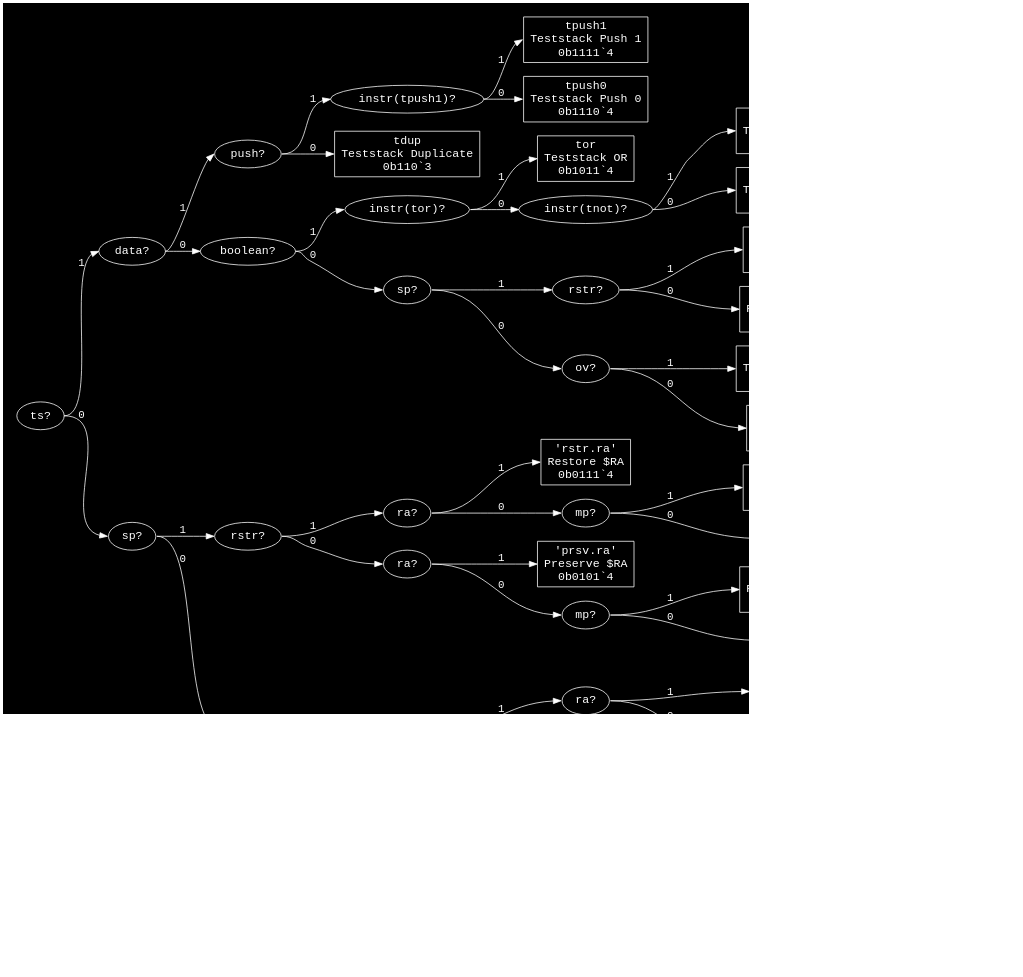
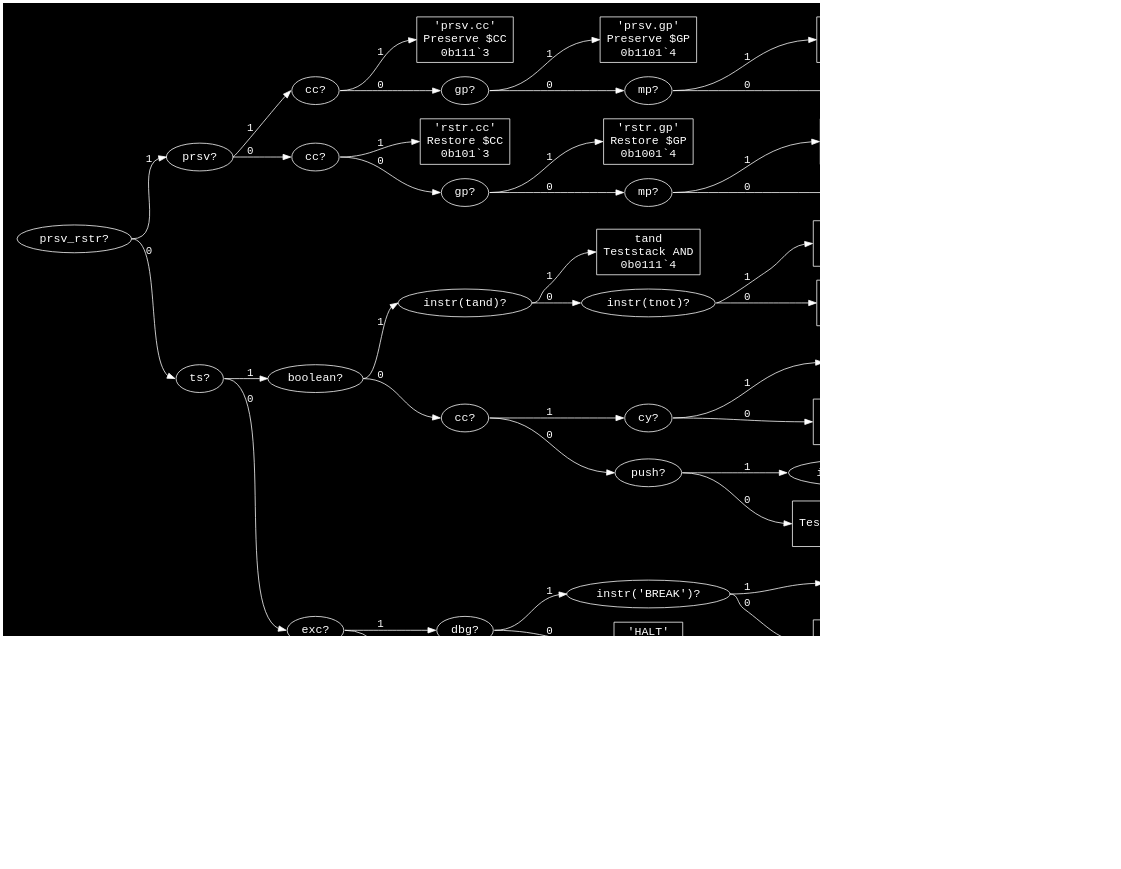
The diagram in assets/graphs/o.dot (eignnx/SPRIND), drawn with Graphviz before and after one commit. The commit also changed 15 other files, not shown here.

```diff
--- a/assets/graphs/o.dot
+++ b/assets/graphs/o.dot
@@ -1,110 +1,110 @@
 digraph "Format o" {
   graph [dpi = 100, bgcolor="#111", fontcolor="white", rankdir=LR, pad="0.25"];
   node [fontname = "Courier", fontsize="15pt", color="white", fontcolor="white"];
   edge [fontname = "Courier", color="white", fontcolor="white"];
-  "ts_7936917" [label = "ts?", shape = ellipse];
-  "ts_7936917":e -> "data_4436317":w [label = "1"];
-  "ts_7936917":e -> "sp_13399574":w [label = "0"];
-  "data_4436317" [label = "data?", shape = ellipse];
-  "data_4436317":e -> "push_2437001":w [label = "1"];
-  "data_4436317":e -> "boolean_13225208":w [label = "0"];
-  "push_2437001" [label = "push?", shape = ellipse];
-  "push_2437001":e -> "instr(tpush1)_9804295":w [label = "1"];
-  "push_2437001":e -> "tdup_15487713":w [label = "0"];
-  "instr(tpush1)_9804295" [label = "instr(tpush1)?", shape = ellipse];
-  "instr(tpush1)_9804295":e -> "tpush1_12806233":w [label = "1"];
-  "instr(tpush1)_9804295":e -> "tpush0_14509953":w [label = "0"];
-  "tpush1_12806233" [label = "tpush1\nTeststack Push 1\n0b1111`4", shape = rectangle];
-  "tpush0_14509953" [label = "tpush0\nTeststack Push 0\n0b1110`4", shape = rectangle];
-  "tdup_15487713" [label = "tdup\nTeststack Duplicate\n0b110`3", shape = rectangle];
-  "boolean_13225208" [label = "boolean?", shape = ellipse];
-  "boolean_13225208":e -> "instr(tor)_15792127":w [label = "1"];
-  "boolean_13225208":e -> "sp_11927802":w [label = "0"];
-  "instr(tor)_15792127" [label = "instr(tor)?", shape = ellipse];
-  "instr(tor)_15792127":e -> "tor_1243182":w [label = "1"];
-  "instr(tor)_15792127":e -> "instr(tnot)_14822141":w [label = "0"];
-  "tor_1243182" [label = "tor\nTeststack OR\n0b1011`4", shape = rectangle];
-  "instr(tnot)_14822141" [label = "instr(tnot)?", shape = ellipse];
-  "instr(tnot)_14822141":e -> "tnot_4060624":w [label = "1"];
-  "instr(tnot)_14822141":e -> "tand_15469294":w [label = "0"];
-  "tnot_4060624" [label = "tnot\nTeststack NOT\n0b10101`5", shape = rectangle];
-  "tand_15469294" [label = "tand\nTeststack AND\n0b10100`5", shape = rectangle];
-  "sp_11927802" [label = "sp?", shape = ellipse];
-  "sp_11927802":e -> "rstr_7748698":w [label = "1"];
-  "sp_11927802":e -> "ov_12237183":w [label = "0"];
-  "rstr_7748698" [label = "rstr?", shape = ellipse];
-  "rstr_7748698":e -> "'rstr.ts'_8107659":w [label = "1"];
-  "rstr_7748698":e -> "'prsv.ts'_2474688":w [label = "0"];
-  "'rstr.ts'_8107659" [label = "'rstr.ts'\nRestore $TS\n0b10011`5", shape = rectangle];
-  "'prsv.ts'_2474688" [label = "'prsv.ts'\nPreserve $TS\n0b10010`5", shape = rectangle];
-  "ov_12237183" [label = "ov?", shape = ellipse];
-  "ov_12237183":e -> "tov_12931519":w [label = "1"];
-  "ov_12237183":e -> "tcy_2523867":w [label = "0"];
-  "tov_12931519" [label = "tov\nTest Overflow\n0b10001`5", shape = rectangle];
-  "tcy_2523867" [label = "tcy\nTest Carry\n0b10000`5", shape = rectangle];
-  "sp_13399574" [label = "sp?", shape = ellipse];
-  "sp_13399574":e -> "rstr_14043542":w [label = "1"];
-  "sp_13399574":e -> "pc_5269534":w [label = "0"];
-  "rstr_14043542" [label = "rstr?", shape = ellipse];
-  "rstr_14043542":e -> "ra_11697259":w [label = "1"];
-  "rstr_14043542":e -> "ra_5439766":w [label = "0"];
-  "ra_11697259" [label = "ra?", shape = ellipse];
-  "ra_11697259":e -> "'rstr.ra'_14990000":w [label = "1"];
-  "ra_11697259":e -> "mp_5968125":w [label = "0"];
-  "'rstr.ra'_14990000" [label = "'rstr.ra'\nRestore $RA\n0b0111`4", shape = rectangle];
-  "mp_5968125" [label = "mp?", shape = ellipse];
-  "mp_5968125":e -> "'rstr.mp'_10653791":w [label = "1"];
-  "mp_5968125":e -> "gp_995846":w [label = "0"];
-  "'rstr.mp'_10653791" [label = "'rstr.mp'\nRestore $MP\n0b01101`5", shape = rectangle];
-  "gp_995846" [label = "gp?", shape = ellipse];
-  "gp_995846":e -> "'rstr.gp'_14554136":w [label = "1"];
-  "gp_995846":e -> "'rstr.cc'_3226942":w [label = "0"];
-  "'rstr.gp'_14554136" [label = "'rstr.gp'\nRestore $GP\n0b011001`6", shape = rectangle];
-  "'rstr.cc'_3226942" [label = "'rstr.cc'\nRestore $CC\n0b011000`6", shape = rectangle];
-  "ra_5439766" [label = "ra?", shape = ellipse];
-  "ra_5439766":e -> "'prsv.ra'_11219602":w [label = "1"];
-  "ra_5439766":e -> "mp_14735186":w [label = "0"];
-  "'prsv.ra'_11219602" [label = "'prsv.ra'\nPreserve $RA\n0b0101`4", shape = rectangle];
-  "mp_14735186" [label = "mp?", shape = ellipse];
-  "mp_14735186":e -> "'prsv.mp'_12023555":w [label = "1"];
-  "mp_14735186":e -> "gp_5770640":w [label = "0"];
-  "'prsv.mp'_12023555" [label = "'prsv.mp'\nPreserve $MP\n0b01001`5", shape = rectangle];
-  "gp_5770640" [label = "gp?", shape = ellipse];
-  "gp_5770640":e -> "'prsv.gp'_4829802":w [label = "1"];
-  "gp_5770640":e -> "'prsv.cc'_7656682":w [label = "0"];
-  "'prsv.gp'_4829802" [label = "'prsv.gp'\nPreserve $GP\n0b010001`6", shape = rectangle];
-  "'prsv.cc'_7656682" [label = "'prsv.cc'\nPreserve $CC\n0b010000`6", shape = rectangle];
-  "pc_5269534" [label = "pc?", shape = ellipse];
-  "pc_5269534":e -> "ret_15011896":w [label = "1"];
-  "pc_5269534":e -> "exc_3255155":w [label = "0"];
-  "ret_15011896" [label = "ret?", shape = ellipse];
-  "ret_15011896":e -> "ra_8747536":w [label = "1"];
-  "ret_15011896":e -> "kcall_5951590":w [label = "0"];
-  "ra_8747536" [label = "ra?", shape = ellipse];
-  "ra_8747536":e -> "ret_11021990":w [label = "1"];
-  "ra_8747536":e -> "kret_6365154":w [label = "0"];
-  "ret_11021990" [label = "ret\nReturn\n0b00111`5", shape = rectangle];
-  "kret_6365154" [label = "kret\nKernel Return\n0b00110`5", shape = rectangle];
-  "kcall_5951590" [label = "kcall\nKernel Call\n0b0010`4", shape = rectangle];
-  "exc_3255155" [label = "exc?", shape = ellipse];
-  "exc_3255155":e -> "dbg_3021613":w [label = "1"];
-  "exc_3255155":e -> "wr_11735649":w [label = "0"];
-  "dbg_3021613" [label = "dbg?", shape = ellipse];
-  "dbg_3021613":e -> "instr('UNIMPL')_7737361":w [label = "1"];
-  "dbg_3021613":e -> "'HALT'_5047438":w [label = "0"];
-  "instr('UNIMPL')_7737361" [label = "instr('UNIMPL')?", shape = ellipse];
-  "instr('UNIMPL')_7737361":e -> "'UNIMPL'_242126":w [label = "1"];
-  "instr('UNIMPL')_7737361":e -> "'BREAK'_2863401":w [label = "0"];
-  "'UNIMPL'_242126" [label = "'UNIMPL'\nUnimplemented\n0b000111`6", shape = rectangle];
-  "'BREAK'_2863401" [label = "'BREAK'\nBreakpoint\n0b000110`6", shape = rectangle];
-  "'HALT'_5047438" [label = "'HALT'\nHalt\n0b00010`5", shape = rectangle];
-  "wr_11735649" [label = "wr?", shape = ellipse];
-  "wr_11735649":e -> "instr('set.cy')_2186464":w [label = "1"];
-  "wr_11735649":e -> "'NONEXE0'_14746452":w [label = "0"];
-  "instr('set.cy')_2186464" [label = "instr('set.cy')?", shape = ellipse];
-  "instr('set.cy')_2186464":e -> "'set.cy'_4073820":w [label = "1"];
-  "instr('set.cy')_2186464":e -> "'clr.cy'_14719063":w [label = "0"];
-  "'set.cy'_4073820" [label = "'set.cy'\nSet Carry\n0b000011`6", shape = rectangle];
-  "'clr.cy'_14719063" [label = "'clr.cy'\nClear Carry\n0b000010`6", shape = rectangle];
+  "prsv_rstr_9171904" [label = "prsv_rstr?", shape = ellipse];
+  "prsv_rstr_9171904":e -> "prsv_9179296":w [label = "1"];
+  "prsv_rstr_9171904":e -> "ts_14048868":w [label = "0"];
+  "prsv_9179296" [label = "prsv?", shape = ellipse];
+  "prsv_9179296":e -> "cc_9693221":w [label = "1"];
+  "prsv_9179296":e -> "cc_589781":w [label = "0"];
+  "cc_9693221" [label = "cc?", shape = ellipse];
+  "cc_9693221":e -> "'prsv.cc'_7656682":w [label = "1"];
+  "cc_9693221":e -> "gp_13904094":w [label = "0"];
+  "'prsv.cc'_7656682" [label = "'prsv.cc'\nPreserve $CC\n0b111`3", shape = rectangle];
+  "gp_13904094" [label = "gp?", shape = ellipse];
+  "gp_13904094":e -> "'prsv.gp'_4829802":w [label = "1"];
+  "gp_13904094":e -> "mp_16292923":w [label = "0"];
+  "'prsv.gp'_4829802" [label = "'prsv.gp'\nPreserve $GP\n0b1101`4", shape = rectangle];
+  "mp_16292923" [label = "mp?", shape = ellipse];
+  "mp_16292923":e -> "'prsv.mp'_12023555":w [label = "1"];
+  "mp_16292923":e -> "ra_13136131":w [label = "0"];
+  "'prsv.mp'_12023555" [label = "'prsv.mp'\nPreserve $MP\n0b11001`5", shape = rectangle];
+  "ra_13136131" [label = "ra?", shape = ellipse];
+  "ra_13136131":e -> "'prsv.ra'_11219602":w [label = "1"];
+  "ra_13136131":e -> "'prsv.ts'_2474688":w [label = "0"];
+  "'prsv.ra'_11219602" [label = "'prsv.ra'\nPreserve $RA\n0b110001`6", shape = rectangle];
+  "'prsv.ts'_2474688" [label = "'prsv.ts'\nPreserve $TS\n0b110000`6", shape = rectangle];
+  "cc_589781" [label = "cc?", shape = ellipse];
+  "cc_589781":e -> "'rstr.cc'_3226942":w [label = "1"];
+  "cc_589781":e -> "gp_9560955":w [label = "0"];
+  "'rstr.cc'_3226942" [label = "'rstr.cc'\nRestore $CC\n0b101`3", shape = rectangle];
+  "gp_9560955" [label = "gp?", shape = ellipse];
+  "gp_9560955":e -> "'rstr.gp'_14554136":w [label = "1"];
+  "gp_9560955":e -> "mp_12955196":w [label = "0"];
+  "'rstr.gp'_14554136" [label = "'rstr.gp'\nRestore $GP\n0b1001`4", shape = rectangle];
+  "mp_12955196" [label = "mp?", shape = ellipse];
+  "mp_12955196":e -> "'rstr.mp'_10653791":w [label = "1"];
+  "mp_12955196":e -> "ra_11767369":w [label = "0"];
+  "'rstr.mp'_10653791" [label = "'rstr.mp'\nRestore $MP\n0b10001`5", shape = rectangle];
+  "ra_11767369" [label = "ra?", shape = ellipse];
+  "ra_11767369":e -> "'rstr.ra'_14990000":w [label = "1"];
+  "ra_11767369":e -> "'rstr.ts'_8107659":w [label = "0"];
+  "'rstr.ra'_14990000" [label = "'rstr.ra'\nRestore $RA\n0b100001`6", shape = rectangle];
+  "'rstr.ts'_8107659" [label = "'rstr.ts'\nRestore $TS\n0b100000`6", shape = rectangle];
+  "ts_14048868" [label = "ts?", shape = ellipse];
+  "ts_14048868":e -> "boolean_10242131":w [label = "1"];
+  "ts_14048868":e -> "exc_6038395":w [label = "0"];
+  "boolean_10242131" [label = "boolean?", shape = ellipse];
+  "boolean_10242131":e -> "instr(tand)_12631449":w [label = "1"];
+  "boolean_10242131":e -> "cc_1875092":w [label = "0"];
+  "instr(tand)_12631449" [label = "instr(tand)?", shape = ellipse];
+  "instr(tand)_12631449":e -> "tand_15469294":w [label = "1"];
+  "instr(tand)_12631449":e -> "instr(tnot)_10591753":w [label = "0"];
+  "tand_15469294" [label = "tand\nTeststack AND\n0b0111`4", shape = rectangle];
+  "instr(tnot)_10591753" [label = "instr(tnot)?", shape = ellipse];
+  "instr(tnot)_10591753":e -> "tnot_4060624":w [label = "1"];
+  "instr(tnot)_10591753":e -> "tor_1243182":w [label = "0"];
+  "tnot_4060624" [label = "tnot\nTeststack NOT\n0b01101`5", shape = rectangle];
+  "tor_1243182" [label = "tor\nTeststack OR\n0b01100`5", shape = rectangle];
+  "cc_1875092" [label = "cc?", shape = ellipse];
+  "cc_1875092":e -> "cy_12377790":w [label = "1"];
+  "cc_1875092":e -> "push_6662964":w [label = "0"];
+  "cy_12377790" [label = "cy?", shape = ellipse];
+  "cy_12377790":e -> "tcy_2523867":w [label = "1"];
+  "cy_12377790":e -> "tov_12931519":w [label = "0"];
+  "tcy_2523867" [label = "tcy\nTest Carry\n0b01011`5", shape = rectangle];
+  "tov_12931519" [label = "tov\nTest Overflow\n0b01010`5", shape = rectangle];
+  "push_6662964" [label = "push?", shape = ellipse];
+  "push_6662964":e -> "instr(tpush0)_3668232":w [label = "1"];
+  "push_6662964":e -> "tdup_15487713":w [label = "0"];
+  "instr(tpush0)_3668232" [label = "instr(tpush0)?", shape = ellipse];
+  "instr(tpush0)_3668232":e -> "tpush0_14509953":w [label = "1"];
+  "instr(tpush0)_3668232":e -> "tpush1_12806233":w [label = "0"];
+  "tpush0_14509953" [label = "tpush0\nTeststack Push 0\n0b010011`6", shape = rectangle];
+  "tpush1_12806233" [label = "tpush1\nTeststack Push 1\n0b010010`6", shape = rectangle];
+  "tdup_15487713" [label = "tdup\nTeststack Duplicate\n0b01000`5", shape = rectangle];
+  "exc_6038395" [label = "exc?", shape = ellipse];
+  "exc_6038395":e -> "dbg_6120140":w [label = "1"];
+  "exc_6038395":e -> "pc_7076808":w [label = "0"];
+  "dbg_6120140" [label = "dbg?", shape = ellipse];
+  "dbg_6120140":e -> "instr('BREAK')_1049706":w [label = "1"];
+  "dbg_6120140":e -> "'HALT'_5047438":w [label = "0"];
+  "instr('BREAK')_1049706" [label = "instr('BREAK')?", shape = ellipse];
+  "instr('BREAK')_1049706":e -> "'BREAK'_2863401":w [label = "1"];
+  "instr('BREAK')_1049706":e -> "'UNIMPL'_242126":w [label = "0"];
+  "'BREAK'_2863401" [label = "'BREAK'\nBreakpoint\n0b00111`5", shape = rectangle];
+  "'UNIMPL'_242126" [label = "'UNIMPL'\nUnimplemented\n0b00110`5", shape = rectangle];
+  "'HALT'_5047438" [label = "'HALT'\nHalt\n0b0010`4", shape = rectangle];
+  "pc_7076808" [label = "pc?", shape = ellipse];
+  "pc_7076808":e -> "kernel_11694534":w [label = "1"];
+  "pc_7076808":e -> "cy_8478281":w [label = "0"];
+  "kernel_11694534" [label = "kernel?", shape = ellipse];
+  "kernel_11694534":e -> "call_7577422":w [label = "1"];
+  "kernel_11694534":e -> "ret_11021990":w [label = "0"];
+  "call_7577422" [label = "call?", shape = ellipse];
+  "call_7577422":e -> "kcall_5951590":w [label = "1"];
+  "call_7577422":e -> "kret_6365154":w [label = "0"];
+  "kcall_5951590" [label = "kcall\nKernel Call\n0b000111`6", shape = rectangle];
+  "kret_6365154" [label = "kret\nKernel Return\n0b000110`6", shape = rectangle];
+  "ret_11021990" [label = "ret\nReturn\n0b00010`5", shape = rectangle];
+  "cy_8478281" [label = "cy?", shape = ellipse];
+  "cy_8478281":e -> "instr('clr.cy')_10387927":w [label = "1"];
+  "cy_8478281":e -> "'NONEXE0'_14746452":w [label = "0"];
+  "instr('clr.cy')_10387927" [label = "instr('clr.cy')?", shape = ellipse];
+  "instr('clr.cy')_10387927":e -> "'clr.cy'_14719063":w [label = "1"];
+  "instr('clr.cy')_10387927":e -> "'set.cy'_4073820":w [label = "0"];
+  "'clr.cy'_14719063" [label = "'clr.cy'\nClear Carry\n0b000011`6", shape = rectangle];
+  "'set.cy'_4073820" [label = "'set.cy'\nSet Carry\n0b000010`6", shape = rectangle];
   "'NONEXE0'_14746452" [label = "'NONEXE0'\nNon-executable (0s Version)\n0b00000`5", shape = rectangle];
 }
```
